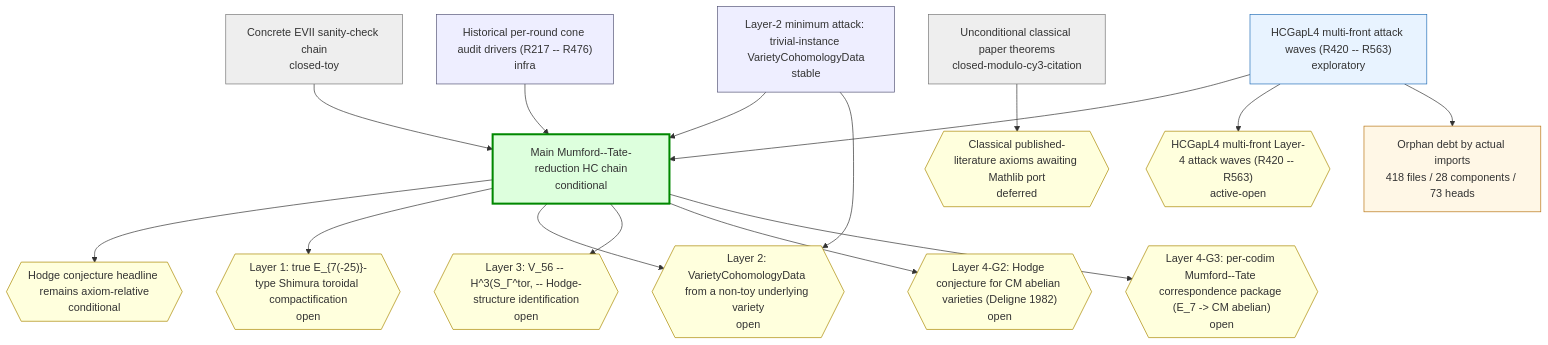
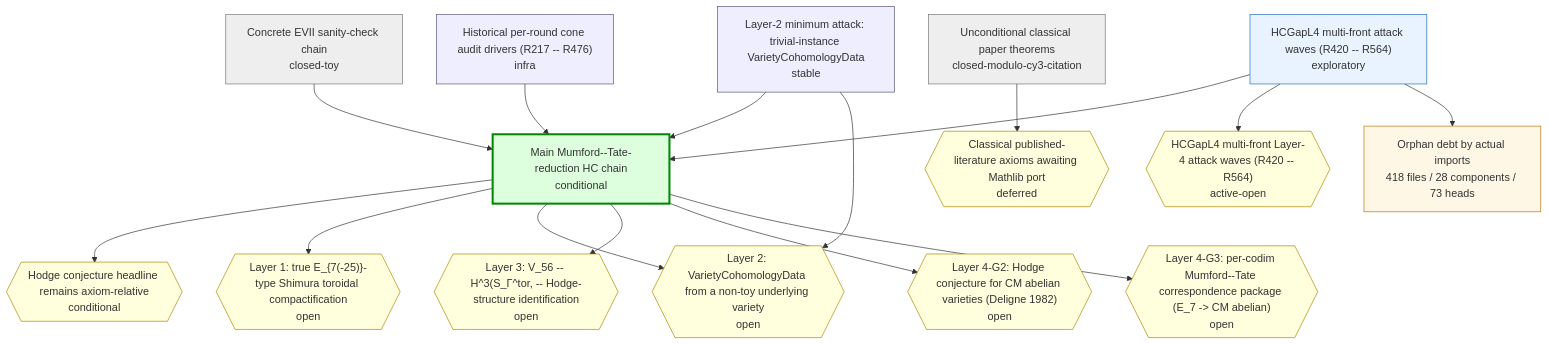
The first of 2 diagrams in chain-status/research-map.md (crabsatellite/hodge-conjecture-lean4-formalization), drawn with Mermaid before and after one commit. The commit also changed other lines of this file and 7 other files, not shown here.

````diff
--- a/chain-status/research-map.md
+++ b/chain-status/research-map.md
@@ -45,44 +45,44 @@
 ```mermaid
 graph TD
   classDef main fill:#dfd,stroke:#080,stroke-width:3px
   classDef active fill:#e8f3ff,stroke:#2670b8
   classDef support fill:#eef,stroke:#557
   classDef closed fill:#eee,stroke:#777
   classDef dead fill:#fdd,stroke:#a00,stroke-width:2px
   classDef gapOpen fill:#ffd,stroke:#a80
   classDef gapClosed fill:#eee,stroke:#777
   classDef gapDead fill:#fdd,stroke:#a00
   classDef debt fill:#fff7e6,stroke:#b87514
   classDef debtTaxonomy fill:#e8f3ff,stroke:#2670b8,stroke-dasharray:3 3
   classDef debtRule fill:#eefbea,stroke:#398439,stroke-dasharray:3 3
   classDef debtDead fill:#fdd,stroke:#a00,stroke-dasharray:3 3
   chain_main_hc_axiom_relative["Main Mumford--Tate-reduction HC chain\nconditional"]:::main
   chain_unconditional_classical["Unconditional classical paper theorems\nclosed-modulo-cy3-citation"]:::closed
   chain_hcgap_l2_trivial_instances["Layer-2 minimum attack: trivial-instance VarietyCohomologyData\nstable"]:::support
-  chain_hcgap_l4_multifront_active["HCGapL4 multi-front attack waves (R420 -- R563)\nexploratory"]:::active
+  chain_hcgap_l4_multifront_active["HCGapL4 multi-front attack waves (R420 -- R564)\nexploratory"]:::active
   chain_concrete_evii_toy["Concrete EVII sanity-check chain\nclosed-toy"]:::closed
   chain_historical_cone_audits["Historical per-round cone audit drivers (R217 -- R476)\ninfra"]:::support
   gap_G_main_hc{{"Hodge conjecture headline remains axiom-relative\nconditional"}}:::gapOpen
   gap_G_l1_e7_shimura_tor{{"Layer 1: true E_{7(-25)}-type Shimura toroidal compactification\nopen"}}:::gapOpen
   gap_G_l2_cohomology_construction{{"Layer 2: VarietyCohomologyData from a non-toy underlying variety\nopen"}}:::gapOpen
   gap_G_l3_v56_mt_identification{{"Layer 3: V_56 -- H^3(S_Γ^tor, -- Hodge-structure identification\nopen"}}:::gapOpen
   gap_G_l4_cm_abelian_hc{{"Layer 4-G2: Hodge conjecture for CM abelian varieties (Deligne 1982)\nopen"}}:::gapOpen
   gap_G_l4_mt_correspondence{{"Layer 4-G3: per-codim Mumford--Tate correspondence package (E_7 -> CM abelian)\nopen"}}:::gapOpen
   gap_G_classical_mathlib_port{{"Classical published-literature axioms awaiting Mathlib port\ndeferred"}}:::gapOpen
-  gap_G_hcgap_l4_multifront{{"HCGapL4 multi-front Layer-4 attack waves (R420 -- R563)\nactive-open"}}:::gapOpen
+  gap_G_hcgap_l4_multifront{{"HCGapL4 multi-front Layer-4 attack waves (R420 -- R564)\nactive-open"}}:::gapOpen
   chain_main_hc_axiom_relative --> gap_G_main_hc
   chain_main_hc_axiom_relative --> gap_G_l1_e7_shimura_tor
   chain_main_hc_axiom_relative --> gap_G_l2_cohomology_construction
   chain_main_hc_axiom_relative --> gap_G_l3_v56_mt_identification
   chain_main_hc_axiom_relative --> gap_G_l4_cm_abelian_hc
   chain_main_hc_axiom_relative --> gap_G_l4_mt_correspondence
   chain_unconditional_classical --> gap_G_classical_mathlib_port
   chain_hcgap_l2_trivial_instances --> chain_main_hc_axiom_relative
   chain_hcgap_l2_trivial_instances --> gap_G_l2_cohomology_construction
   chain_hcgap_l4_multifront_active --> chain_main_hc_axiom_relative
   chain_hcgap_l4_multifront_active --> gap_G_hcgap_l4_multifront
   chain_concrete_evii_toy --> chain_main_hc_axiom_relative
   chain_historical_cone_audits --> chain_main_hc_axiom_relative
   debt_all["Orphan debt by actual imports\n418 files / 28 components / 73 heads"]:::debt
   chain_hcgap_l4_multifront_active --> debt_all
 ```
````
